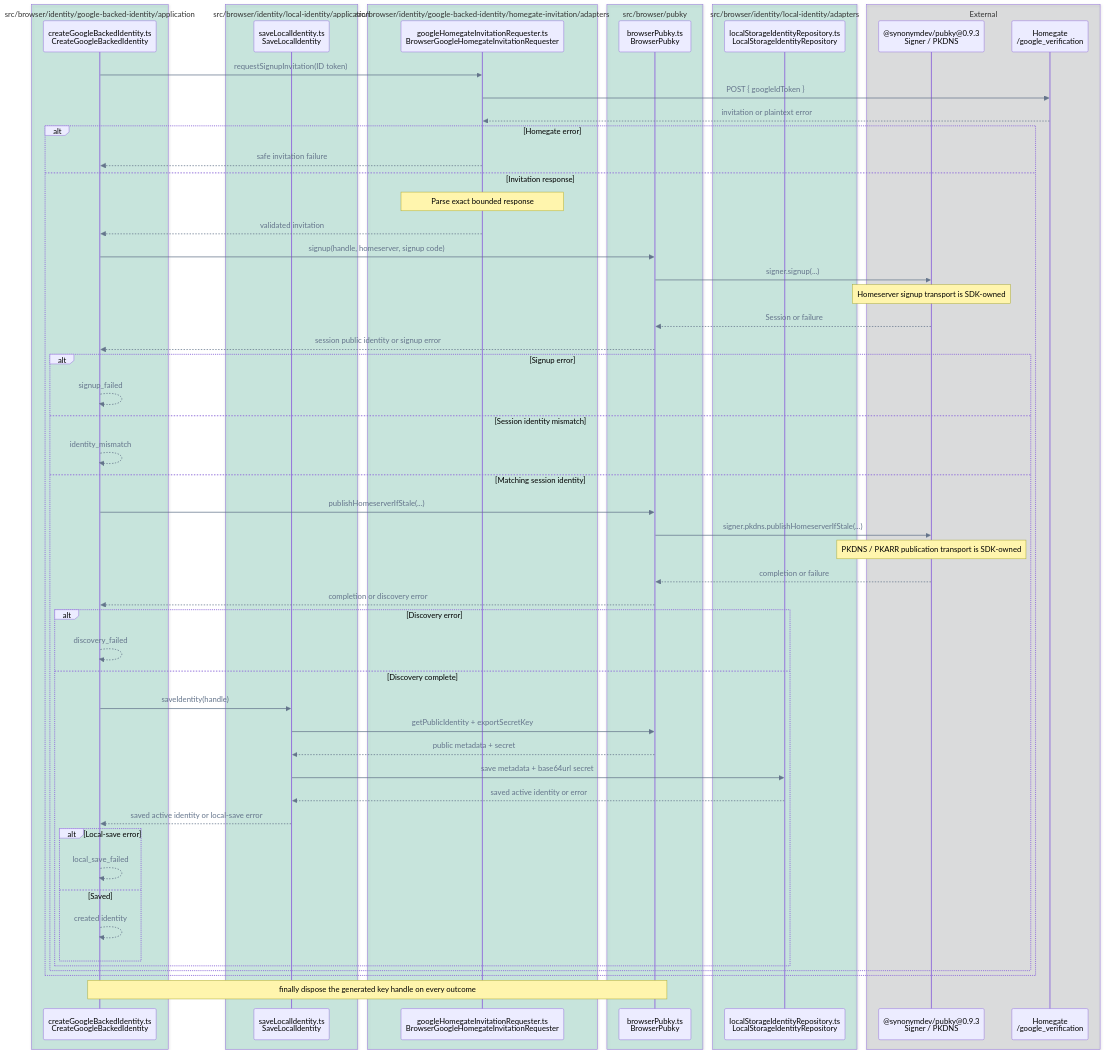
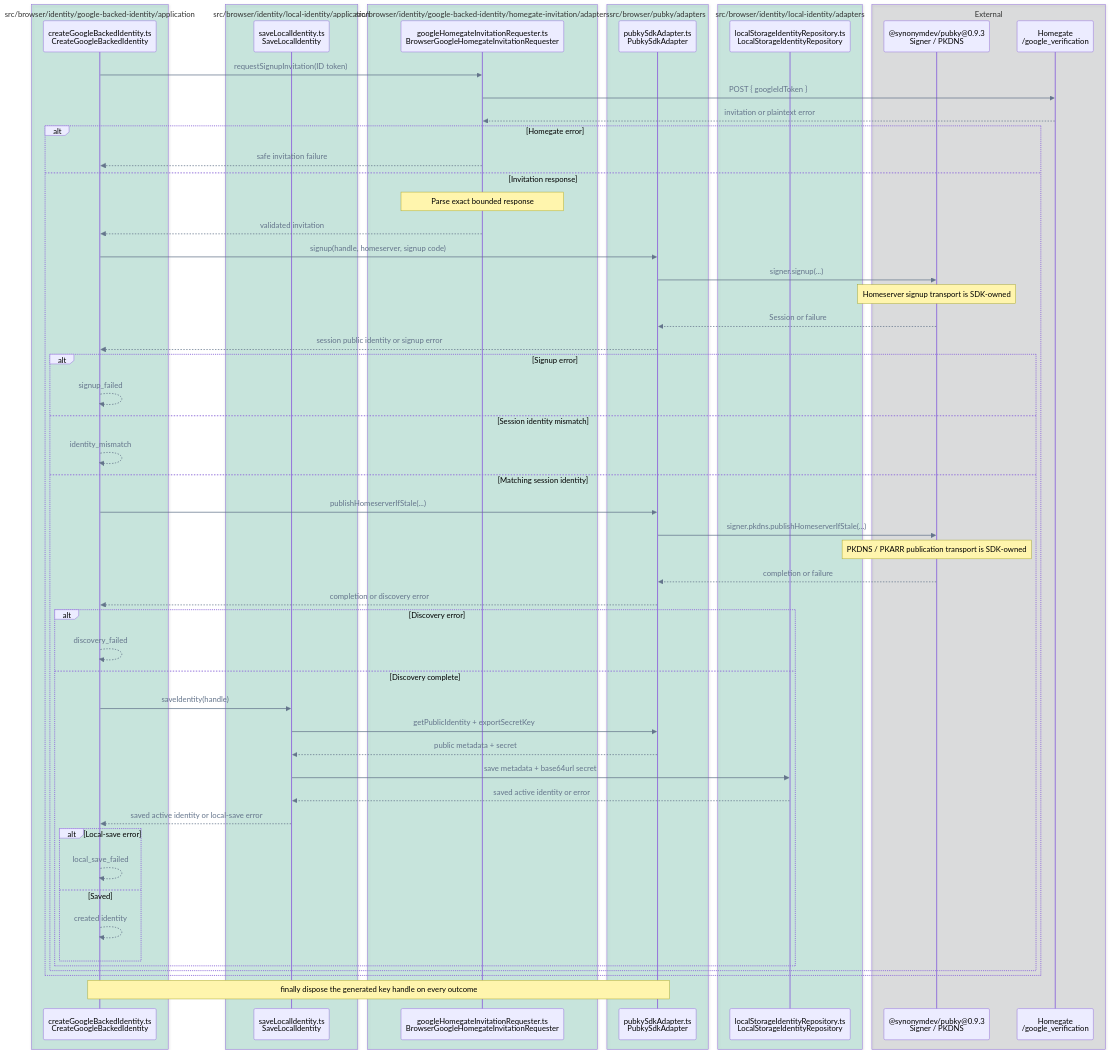
One commit to pubky/pubky-passport changed diagram 11 of 14 in FLOWS.md. Above: the diagram before and after it, drawn with Mermaid. The commit also changed other lines of this file and 50 other files, not shown here.

````diff
--- a/FLOWS.md
+++ b/FLOWS.md
@@ -556,67 +562,67 @@
 ```mermaid
 %%{init: {"themeVariables": {"signalColor": "#64748B", "signalTextColor": "#64748B"}}}%%
 sequenceDiagram
     accTitle: Missing identity activation and local save call flow
     accDescr: CreateGoogleBackedIdentity requests and parses a Homegate invitation, then signs up, verifies, publishes discovery, and saves in order; each failure stops later stages and the generated key handle is always disposed.
     box rgba(0, 158, 115, 0.18) src/browser/identity/google-backed-identity/application
         participant Creator as createGoogleBackedIdentity.ts<br/>CreateGoogleBackedIdentity
     end
     box rgba(0, 158, 115, 0.18) src/browser/identity/local-identity/application
         participant Local as saveLocalIdentity.ts<br/>SaveLocalIdentity
     end
     box rgba(0, 158, 115, 0.18) src/browser/identity/google-backed-identity/homegate-invitation/adapters
         participant Invite as googleHomegateInvitationRequester.ts<br/>BrowserGoogleHomegateInvitationRequester
     end
-    box rgba(0, 158, 115, 0.18) src/browser/pubky
-        participant Pubky as browserPubky.ts<br/>BrowserPubky
+    box rgba(0, 158, 115, 0.18) src/browser/pubky/adapters
+        participant Pubky as pubkySdkAdapter.ts<br/>PubkySdkAdapter
     end
     box rgba(0, 158, 115, 0.18) src/browser/identity/local-identity/adapters
         participant Repo as localStorageIdentityRepository.ts<br/>LocalStorageIdentityRepository
     end
     box rgba(17, 24, 39, 0.12) External
         participant SDK as @synonymdev/pubky@0.9.3<br/>Signer / PKDNS
         participant Homegate as Homegate<br/>/google_verification
     end
 
     Creator->>Invite: requestSignupInvitation(ID token)
     Invite->>Homegate: POST { googleIdToken }
     Homegate-->>Invite: invitation or plaintext error
     alt Homegate error
         Invite-->>Creator: safe invitation failure
     else Invitation response
         Note over Invite: Parse exact bounded response
         Invite-->>Creator: validated invitation
         Creator->>Pubky: signup(handle, homeserver, signup code)
         Pubky->>SDK: signer.signup(...)
         Note over SDK: Homeserver signup transport is SDK-owned
         SDK-->>Pubky: Session or failure
         Pubky-->>Creator: session public identity or signup error
         alt Signup error
             Creator-->>Creator: signup_failed
         else Session identity mismatch
             Creator-->>Creator: identity_mismatch
         else Matching session identity
             Creator->>Pubky: publishHomeserverIfStale(...)
             Pubky->>SDK: signer.pkdns.publishHomeserverIfStale(...)
             Note over SDK: PKDNS / PKARR publication transport is SDK-owned
             SDK-->>Pubky: completion or failure
             Pubky-->>Creator: completion or discovery error
             alt Discovery error
                 Creator-->>Creator: discovery_failed
             else Discovery complete
                 Creator->>Local: saveIdentity(handle)
                 Local->>Pubky: getPublicIdentity + exportSecretKey
                 Pubky-->>Local: public metadata + secret
                 Local->>Repo: save metadata + base64url secret
                 Repo-->>Local: saved active identity or error
                 Local-->>Creator: saved active identity or local-save error
                 alt Local-save error
                     Creator-->>Creator: local_save_failed
                 else Saved
                     Creator-->>Creator: created identity
                 end
             end
         end
     end
     Note over Creator,Pubky: finally dispose the generated key handle on every outcome
 ```
````
